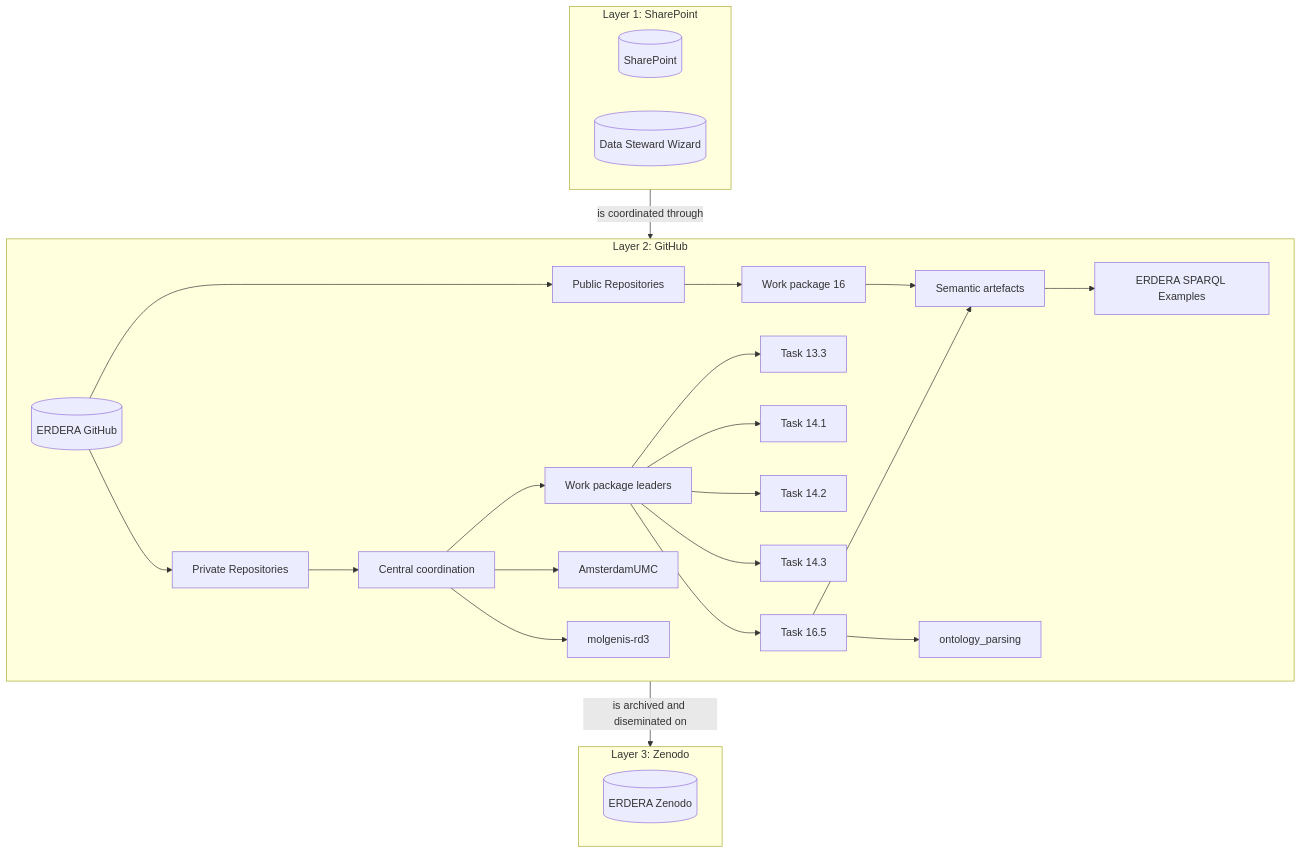
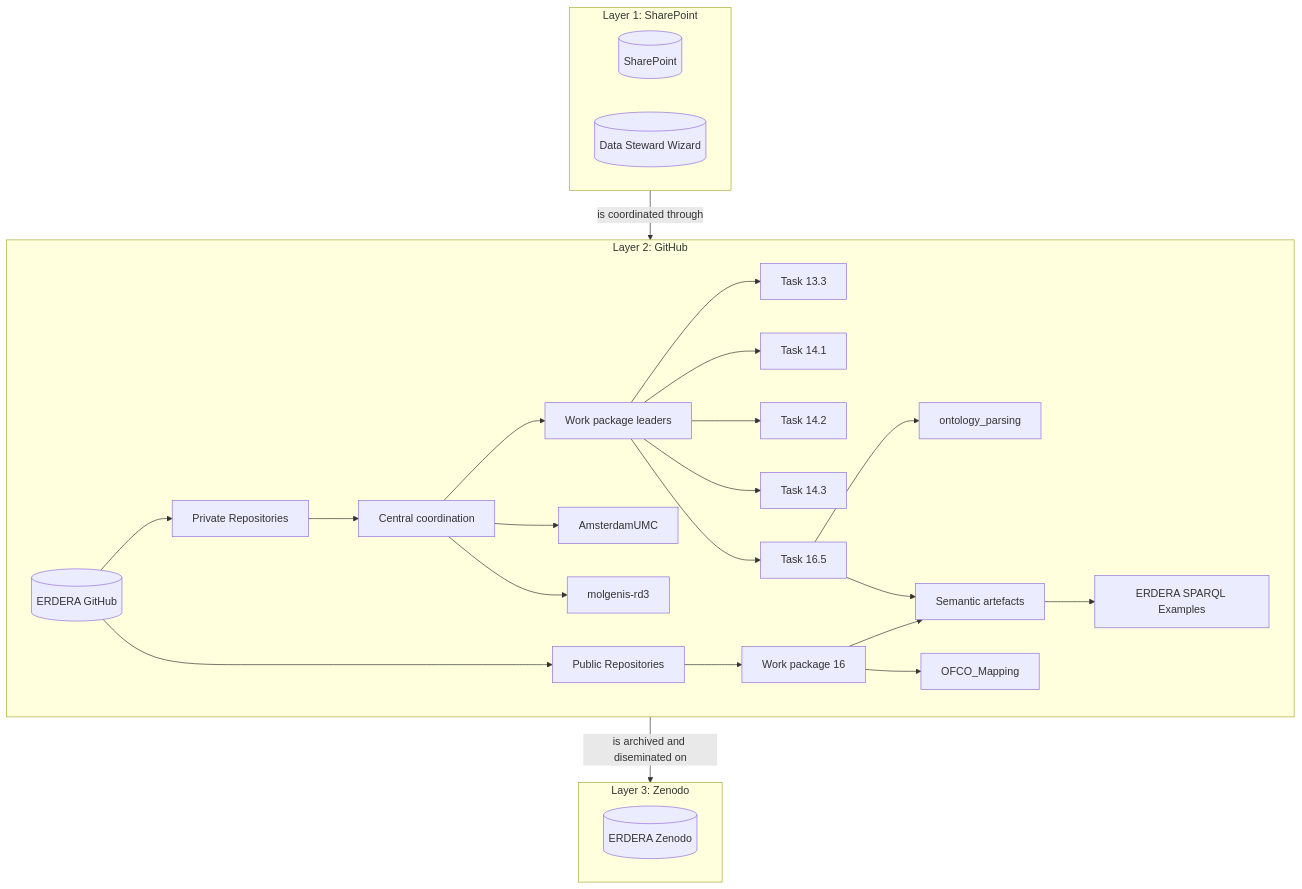
Before and after one commit to ERDERA/REPO-central-coordination: the diagram in README.md, drawn with Mermaid.

````diff
--- a/README.md
+++ b/README.md
@@ -62,34 +62,35 @@
 ```mermaid
 graph TD
     subgraph ClusterA [Layer 1: SharePoint]
         SP[(SharePoint)]
         DSW[(Data Steward Wizard)]
     end
 
     subgraph ClusterB [Layer 2: GitHub]
     direction LR
         EGH[(ERDERA GitHub)] --> PrivR[Private Repositories]
         EGH --> PubR[Public Repositories]  
         PubR --> WP16[Work package 16]
         WP16 --> SE[Semantic artefacts]
+        WP16 --> OFCO[OFCO_Mapping]
         SE --> SPARQLEX[ERDERA SPARQL Examples]
         PrivR --> CC[Central coordination]
         CC --> WPL[Work package leaders]
         CC --> AMC[AmsterdamUMC]
         CC --> MR[molgenis-rd3]
         WPL --> 13.3[Task 13.3]
         WPL --> 14.1[Task 14.1]
         WPL --> 14.2[Task 14.2]
         WPL --> 14.3[Task 14.3]
         WPL --> 16.5[Task 16.5]
         16.5 --> OP[ontology_parsing]
         16.5 --> SE
     end
 
     subgraph ClusterC [Layer 3: Zenodo]
         EZD[(ERDERA Zenodo)]
     end
     
     ClusterA --> |is coordinated through| ClusterB
     ClusterB --> |is archived and diseminated on| ClusterC
 ```
````
